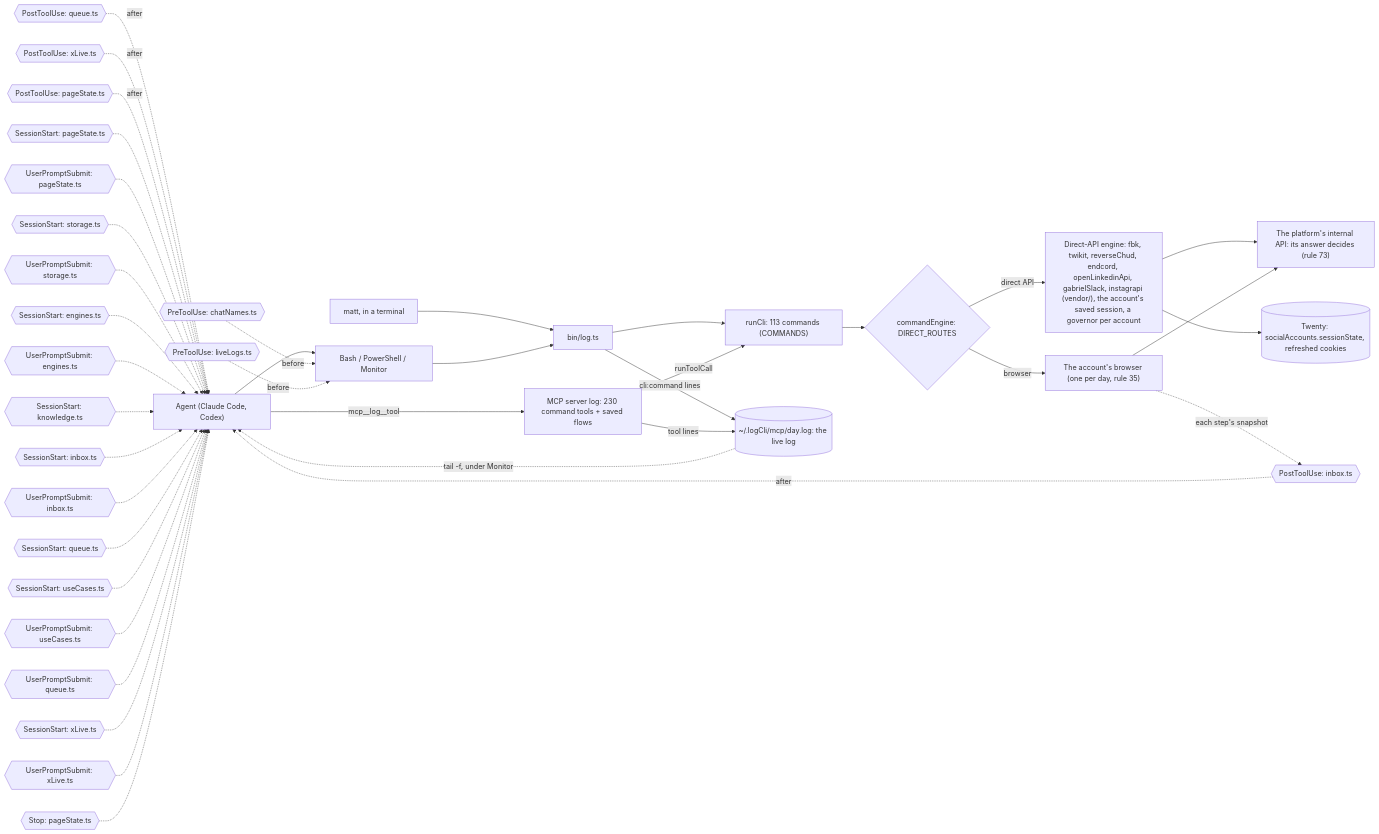
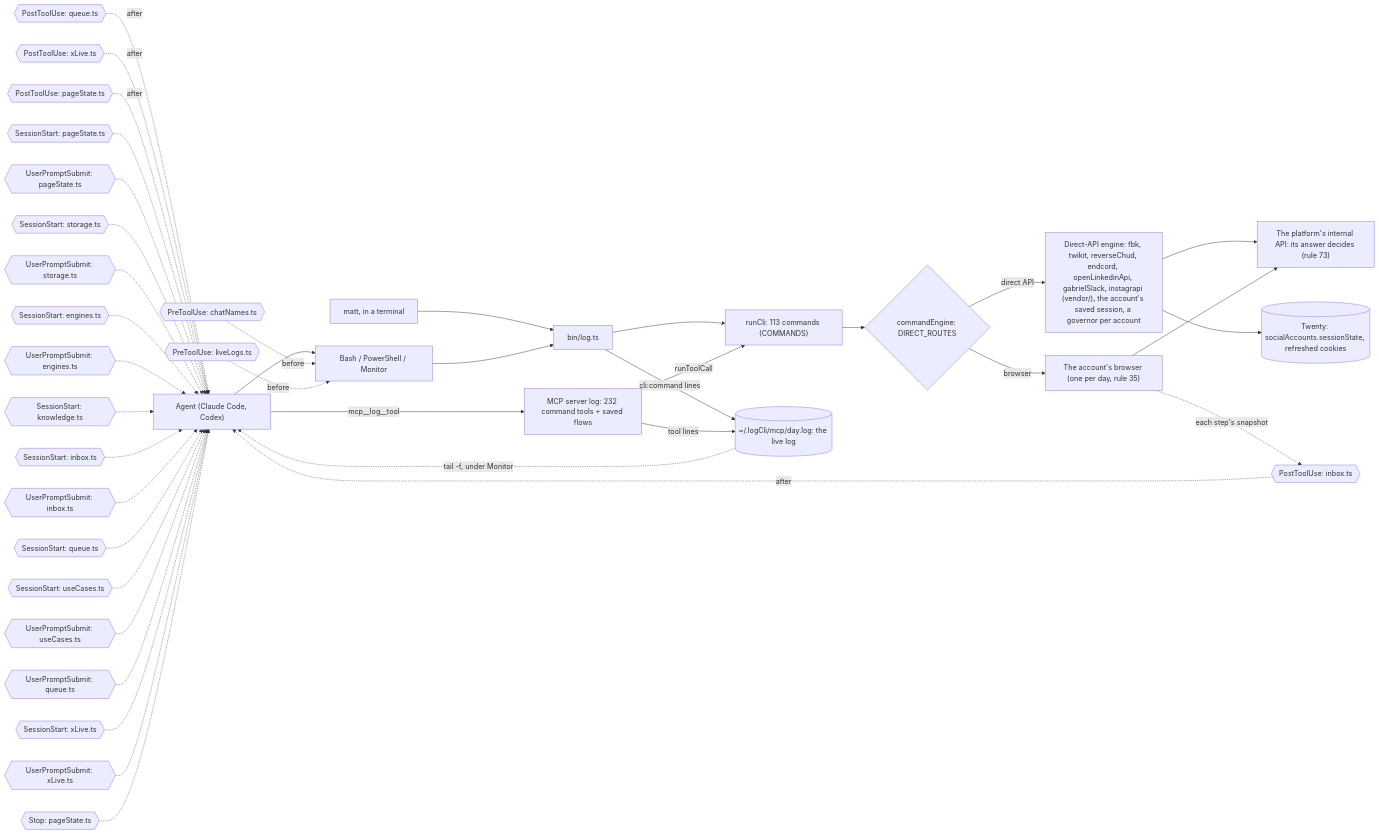
Before and after one commit to matthewdonsemail-lab/log: the third of 6 diagrams in docs/reference.md, drawn with Mermaid. The commit also changed other lines of this file and 316 other files, not shown here.

````diff
--- a/docs/reference.md
+++ b/docs/reference.md
@@ -195,53 +195,53 @@
 ```mermaid
 flowchart LR
   agent["Agent (Claude Code, Codex)"]
   matt["matt, in a terminal"]
   shell["Bash / PowerShell / Monitor"]
-  mcp["MCP server log: 230 command tools + saved flows"]
+  mcp["MCP server log: 232 command tools + saved flows"]
   bin["bin/log.ts"]
   runCli["runCli: 113 commands (COMMANDS)"]
   live[("~/.logCli/mcp/day.log: the live log")]
   engine{"commandEngine: DIRECT_ROUTES"}
   direct["Direct-API engine: fbk, twikit, reverseChud, endcord, openLinkedinApi, gabrielSlack, instagrapi (vendor/), the account's saved session, a governor per account"]
   browser["The account's browser (one per day, rule 35)"]
   api["The platform's internal API: its answer decides (rule 73)"]
   twenty[("Twenty: socialAccounts.sessionState, refreshed cookies")]
   agent --> shell
   matt --> bin
   shell --> bin
   agent -->|mcp__log__tool| mcp
   bin --> runCli
   mcp -->|runToolCall| runCli
   runCli --> engine
   engine -->|direct API| direct
   engine -->|browser| browser
   direct --> api
   browser --> api
   direct --> twenty
   bin -->|cli:command lines| live
   mcp -->|tool lines| live
   live -.->|tail -f, under Monitor| agent
   pre0{{"PreToolUse: chatNames.ts"}} -.->|before| shell
   pre1{{"PreToolUse: liveLogs.ts"}} -.->|before| shell
   post0{{"PostToolUse: inbox.ts"}} -.->|after| agent
   post1{{"PostToolUse: queue.ts"}} -.->|after| agent
   post2{{"PostToolUse: xLive.ts"}} -.->|after| agent
   post3{{"PostToolUse: pageState.ts"}} -.->|after| agent
   turn0{{"SessionStart: pageState.ts"}} -.-> agent
   turn1{{"UserPromptSubmit: pageState.ts"}} -.-> agent
   turn2{{"SessionStart: storage.ts"}} -.-> agent
   turn3{{"UserPromptSubmit: storage.ts"}} -.-> agent
   turn4{{"SessionStart: engines.ts"}} -.-> agent
   turn5{{"UserPromptSubmit: engines.ts"}} -.-> agent
   turn6{{"SessionStart: knowledge.ts"}} -.-> agent
   turn7{{"SessionStart: inbox.ts"}} -.-> agent
   turn8{{"UserPromptSubmit: inbox.ts"}} -.-> agent
   turn9{{"SessionStart: queue.ts"}} -.-> agent
   turn10{{"SessionStart: useCases.ts"}} -.-> agent
   turn11{{"UserPromptSubmit: useCases.ts"}} -.-> agent
   turn12{{"UserPromptSubmit: queue.ts"}} -.-> agent
   turn13{{"SessionStart: xLive.ts"}} -.-> agent
   turn14{{"UserPromptSubmit: xLive.ts"}} -.-> agent
   turn15{{"Stop: pageState.ts"}} -.-> agent
   browser -.->|each step's snapshot| post0
 ```
````
